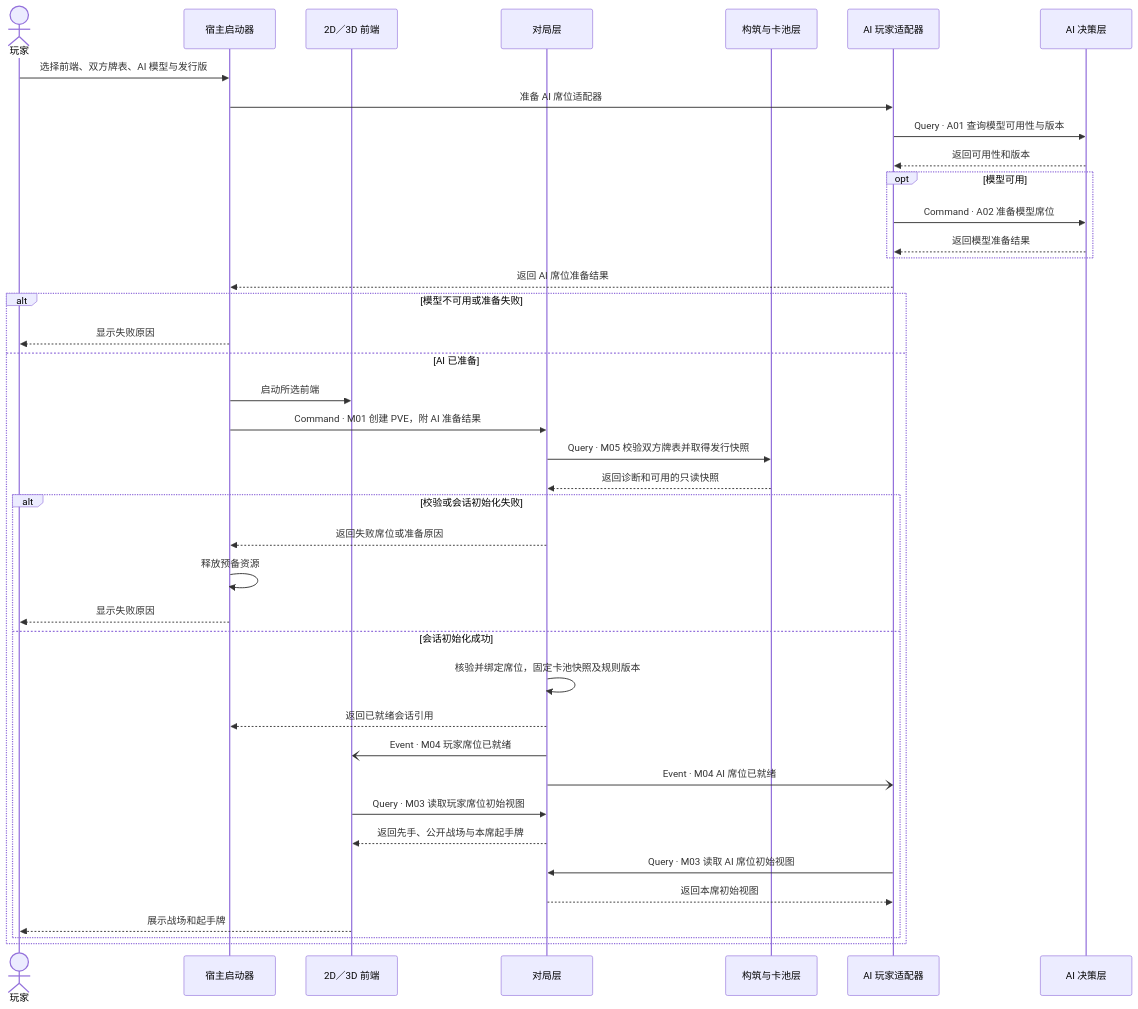
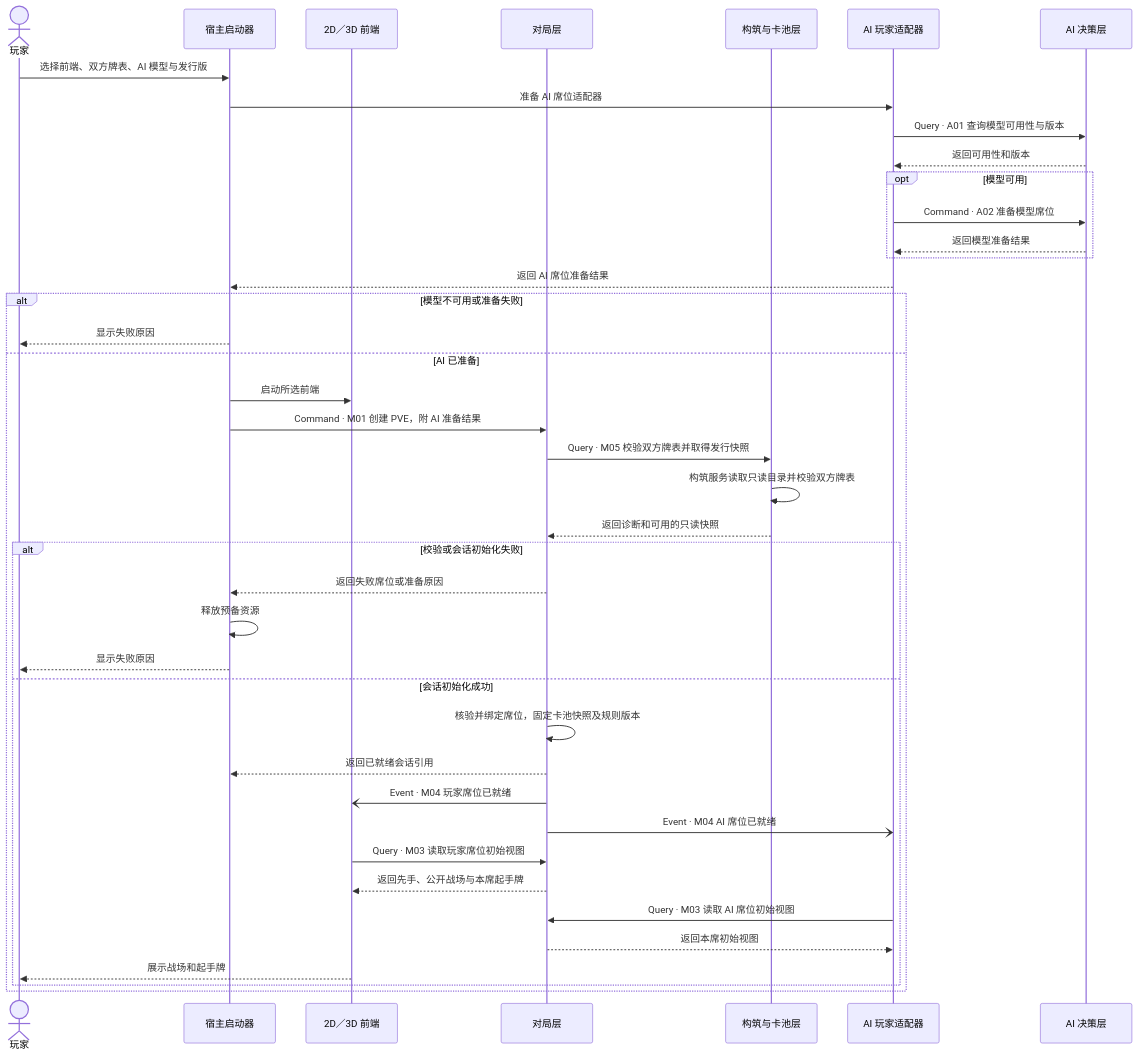
Before and after one commit to jigejiqiangshou/Critical-Provisional: the first of 12 diagrams in specs/001-offline-game-refactor/contracts/scenario-sequences.md, drawn with Mermaid. The commit also changed other lines of this file and 10 other files, not shown here.

````diff
--- a/specs/001-offline-game-refactor/contracts/scenario-sequences.md
+++ b/specs/001-offline-game-refactor/contracts/scenario-sequences.md
@@ -15,43 +15,44 @@
 ```mermaid
 sequenceDiagram
     actor P as 玩家
     participant L as 宿主启动器
     participant F as 2D／3D 前端
     participant G as 对局层
     participant D as 构筑与卡池层
     participant A as AI 玩家适配器
     participant M as AI 决策层
 
     P->>L: 选择前端、双方牌表、AI 模型与发行版
     L->>A: 准备 AI 席位适配器
     A->>M: Query · A01 查询模型可用性与版本
     M-->>A: 返回可用性和版本
     opt 模型可用
         A->>M: Command · A02 准备模型席位
         M-->>A: 返回模型准备结果
     end
     A-->>L: 返回 AI 席位准备结果
     alt 模型不可用或准备失败
         L-->>P: 显示失败原因
     else AI 已准备
         L->>F: 启动所选前端
         L->>G: Command · M01 创建 PVE，附 AI 准备结果
         G->>D: Query · M05 校验双方牌表并取得发行快照
+        D->>D: 构筑服务读取只读目录并校验双方牌表
         D-->>G: 返回诊断和可用的只读快照
         alt 校验或会话初始化失败
             G-->>L: 返回失败席位或准备原因
             L->>L: 释放预备资源
             L-->>P: 显示失败原因
         else 会话初始化成功
             G->>G: 核验并绑定席位，固定卡池快照及规则版本
             G-->>L: 返回已就绪会话引用
             G-)F: Event · M04 玩家席位已就绪
             G-)A: Event · M04 AI 席位已就绪
             F->>G: Query · M03 读取玩家席位初始视图
             G-->>F: 返回先手、公开战场与本席起手牌
             A->>G: Query · M03 读取 AI 席位初始视图
             G-->>A: 返回本席初始视图
             F-->>P: 展示战场和起手牌
         end
     end
 ```
````
